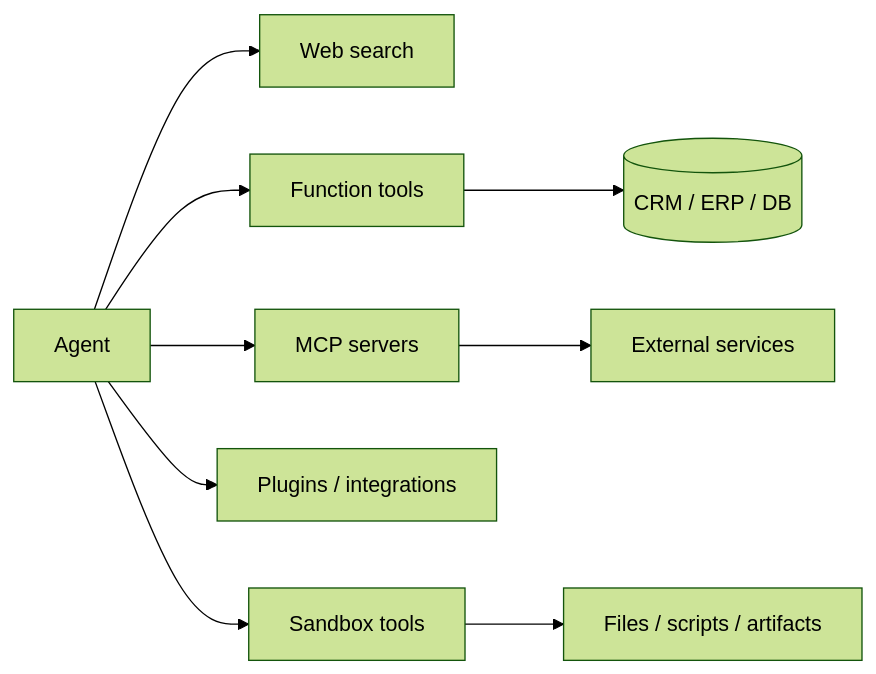
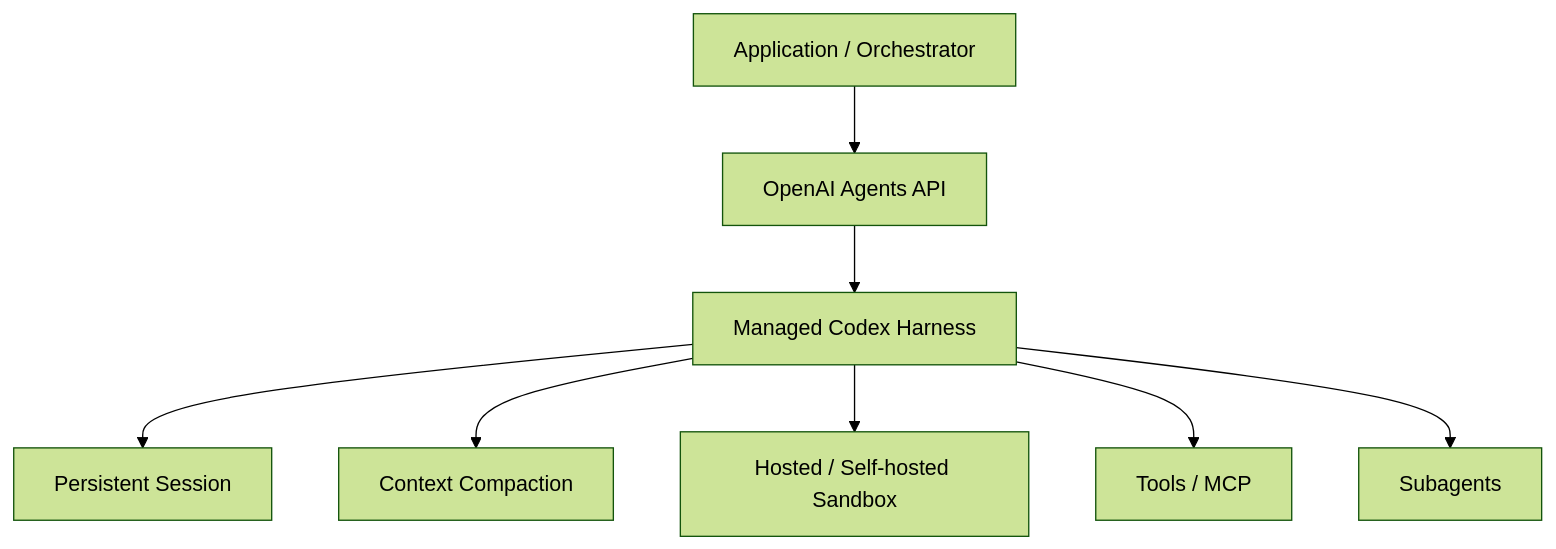
One commit to huynv-xyz/vhm changed the second of 15 diagrams in OPENAI_AGENTS_GUIDE_VI.md. Above: the diagram before and after it, drawn with Mermaid (forest theme). The commit also changed other lines of this file, not shown here.

````diff
--- a/OPENAI_AGENTS_GUIDE_VI.md
+++ b/OPENAI_AGENTS_GUIDE_VI.md
@@ -192,11 +134,18 @@
 ```mermaid
-flowchart LR
-    A[Agent] --> WS[Web search]
-    A --> FN[Function tools]
-    A --> MCP[MCP servers]
-    A --> PL[Plugins / integrations]
-    A --> SB[Sandbox tools]
-    FN --> CRM[(CRM / ERP / DB)]
-    MCP --> EXT[External services]
-    SB --> FILES[Files / scripts / artifacts]
+flowchart TB
+    APP[Application / Orchestrator]
+    API[OpenAI Agents API]
+    H[Managed Codex Harness]
+    SS[Persistent Session]
+    CTX[Context Compaction]
+    SB[Hosted / Self-hosted Sandbox]
+    TOOL[Tools / MCP]
+    SUB[Subagents]
+
+    APP --> API --> H
+    H --> SS
+    H --> CTX
+    H --> SB
+    H --> TOOL
+    H --> SUB
 ```
````
